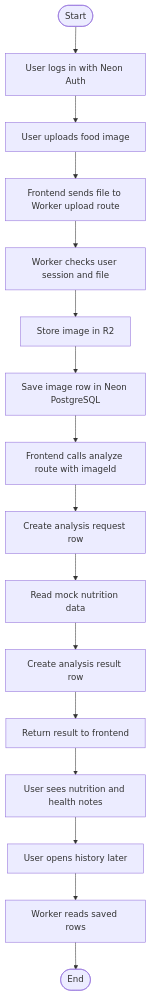
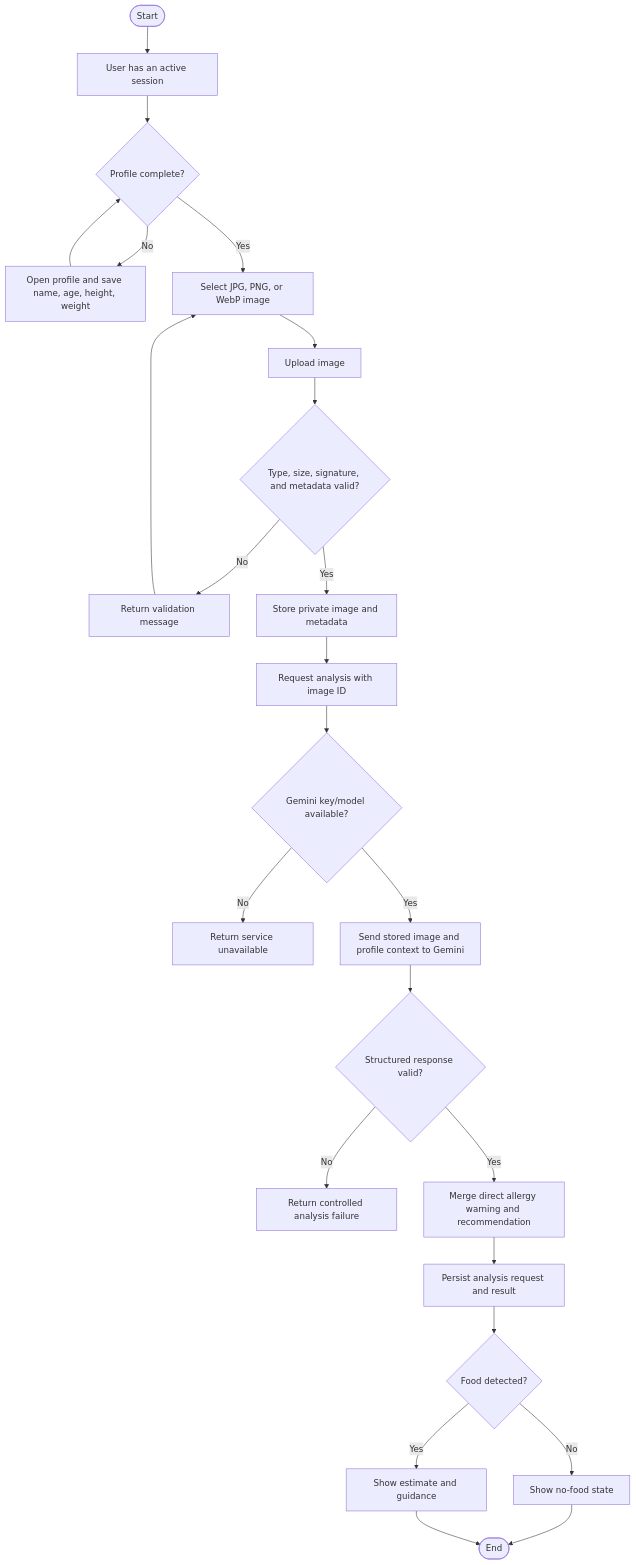
One commit to Tamal-11/cse4104-7a-t03-nutrilens changed the diagram in diagrams/activity_diagram.md. Above: the diagram before and after it, drawn with Mermaid. The commit also changed other lines of this file and 19 other files, not shown here.

````diff
--- a/diagrams/activity_diagram.md
+++ b/diagrams/activity_diagram.md
@@ -5,18 +3,26 @@
 ```mermaid
 flowchart TD
-    A([Start]) --> B[User logs in with Neon Auth]
-    B --> C[User uploads food image]
-    C --> D[Frontend sends file to Worker upload route]
-    D --> E[Worker checks user session and file]
-    E --> F[Store image in R2]
-    F --> G[Save image row in Neon PostgreSQL]
-    G --> H[Frontend calls analyze route with imageId]
-    H --> I[Create analysis request row]
-    I --> J[Read mock nutrition data]
-    J --> K[Create analysis result row]
-    K --> L[Return result to frontend]
-    L --> M[User sees nutrition and health notes]
-    M --> N[User opens history later]
-    N --> O[Worker reads saved rows]
-    O --> P([End])
+    A([Start]) --> B[User has an active session]
+    B --> C{Profile complete?}
+    C -- No --> D[Open profile and save name, age, height, weight]
+    D --> C
+    C -- Yes --> E[Select JPG, PNG, or WebP image]
+    E --> F[Upload image]
+    F --> G{Type, size, signature, and metadata valid?}
+    G -- No --> H[Return validation message]
+    H --> E
+    G -- Yes --> I[Store private image and metadata]
+    I --> J[Request analysis with image ID]
+    J --> K{Gemini key/model available?}
+    K -- No --> L[Return service unavailable]
+    K -- Yes --> M[Send stored image and profile context to Gemini]
+    M --> N{Structured response valid?}
+    N -- No --> O[Return controlled analysis failure]
+    N -- Yes --> P[Merge direct allergy warning and recommendation]
+    P --> Q[Persist analysis request and result]
+    Q --> R{Food detected?}
+    R -- No --> S[Show no-food state]
+    R -- Yes --> T[Show estimate and guidance]
+    S --> U([End])
+    T --> U
 ```
````
